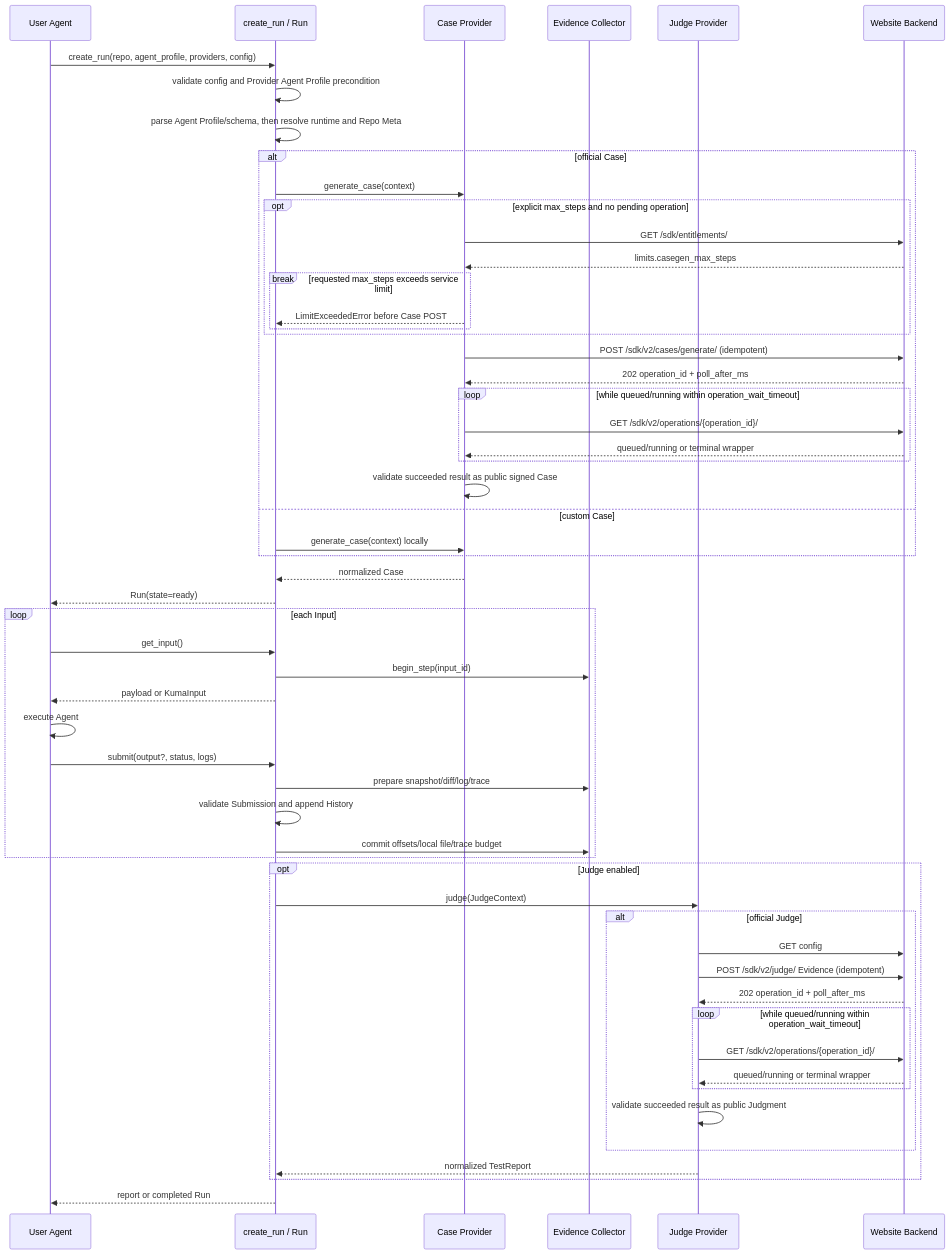
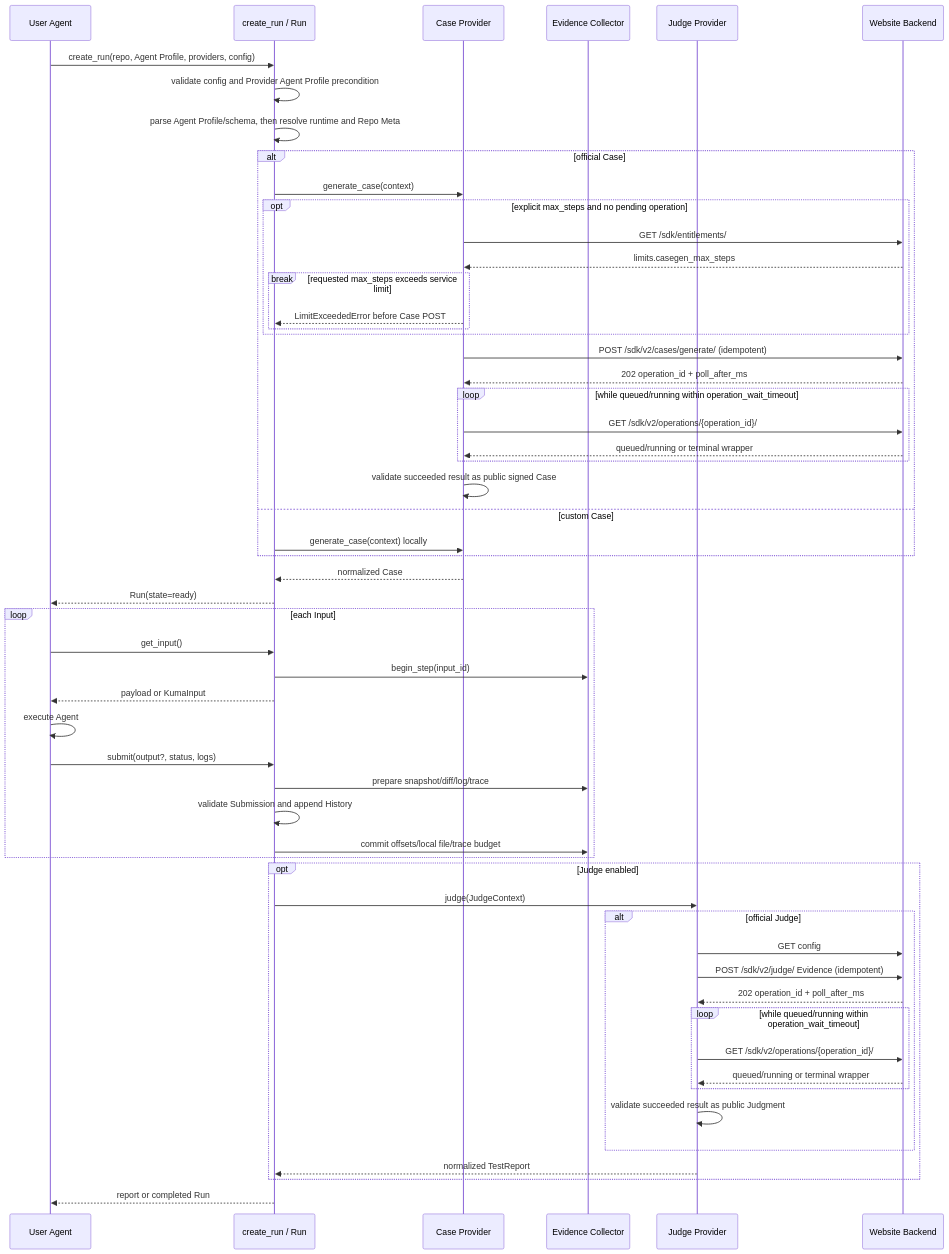
One commit to DDai22/KUMA-DefuzeX changed the third of 6 diagrams in docs/architecture.md. Above: the diagram before and after it, drawn with Mermaid. The commit also changed other lines of this file and 68 other files, not shown here.

````diff
--- a/docs/architecture.md
+++ b/docs/architecture.md
@@ -129,61 +204,61 @@
 ```mermaid
 sequenceDiagram
     participant U as User Agent
     participant S as create_run / Run
     participant C as Case Provider
     participant E as Evidence Collector
     participant J as Judge Provider
     participant B as Website Backend
 
-    U->>S: create_run(repo, agent_profile, providers, config)
+    U->>S: create_run(repo, Agent Profile, providers, config)
     S->>S: validate config and Provider Agent Profile precondition
     S->>S: parse Agent Profile/schema, then resolve runtime and Repo Meta
     alt official Case
         S->>C: generate_case(context)
         opt explicit max_steps and no pending operation
             C->>B: GET /sdk/entitlements/
             B-->>C: limits.casegen_max_steps
             break requested max_steps exceeds service limit
                 C-->>S: LimitExceededError before Case POST
             end
         end
         C->>B: POST /sdk/v2/cases/generate/ (idempotent)
         B-->>C: 202 operation_id + poll_after_ms
         loop while queued/running within operation_wait_timeout
             C->>B: GET /sdk/v2/operations/{operation_id}/
             B-->>C: queued/running or terminal wrapper
         end
         C->>C: validate succeeded result as public signed Case
     else custom Case
         S->>C: generate_case(context) locally
     end
     C-->>S: normalized Case
     S-->>U: Run(state=ready)
 
     loop each Input
         U->>S: get_input()
         S->>E: begin_step(input_id)
         S-->>U: payload or KumaInput
         U->>U: execute Agent
         U->>S: submit(output?, status, logs)
         S->>E: prepare snapshot/diff/log/trace
         S->>S: validate Submission and append History
         S->>E: commit offsets/local file/trace budget
     end
 
     opt Judge enabled
         S->>J: judge(JudgeContext)
         alt official Judge
             J->>B: GET config
             J->>B: POST /sdk/v2/judge/ Evidence (idempotent)
             B-->>J: 202 operation_id + poll_after_ms
             loop while queued/running within operation_wait_timeout
                 J->>B: GET /sdk/v2/operations/{operation_id}/
                 B-->>J: queued/running or terminal wrapper
             end
             J->>J: validate succeeded result as public Judgment
         end
         J-->>S: normalized TestReport
     end
     S-->>U: report or completed Run
 ```
````
